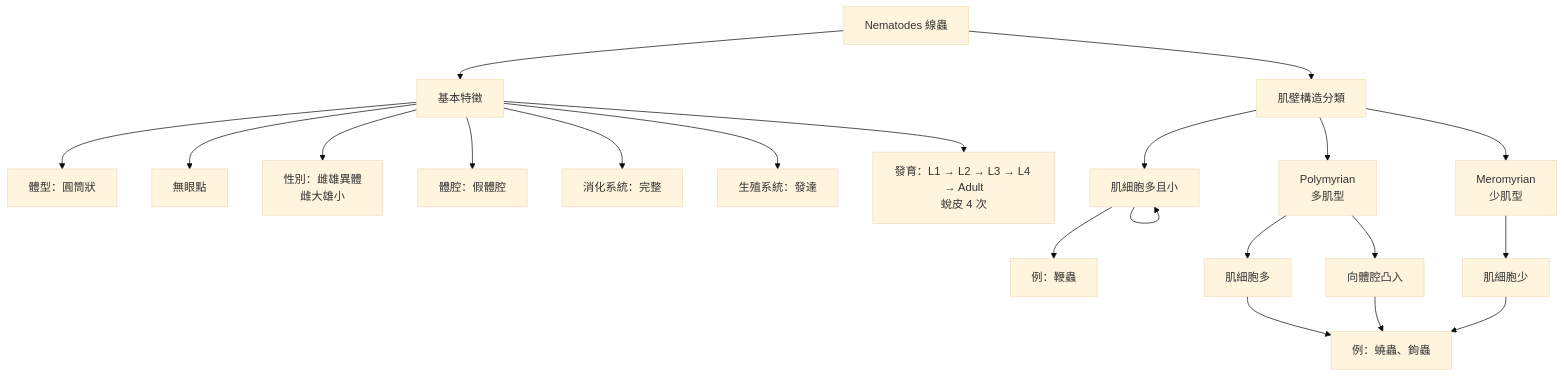
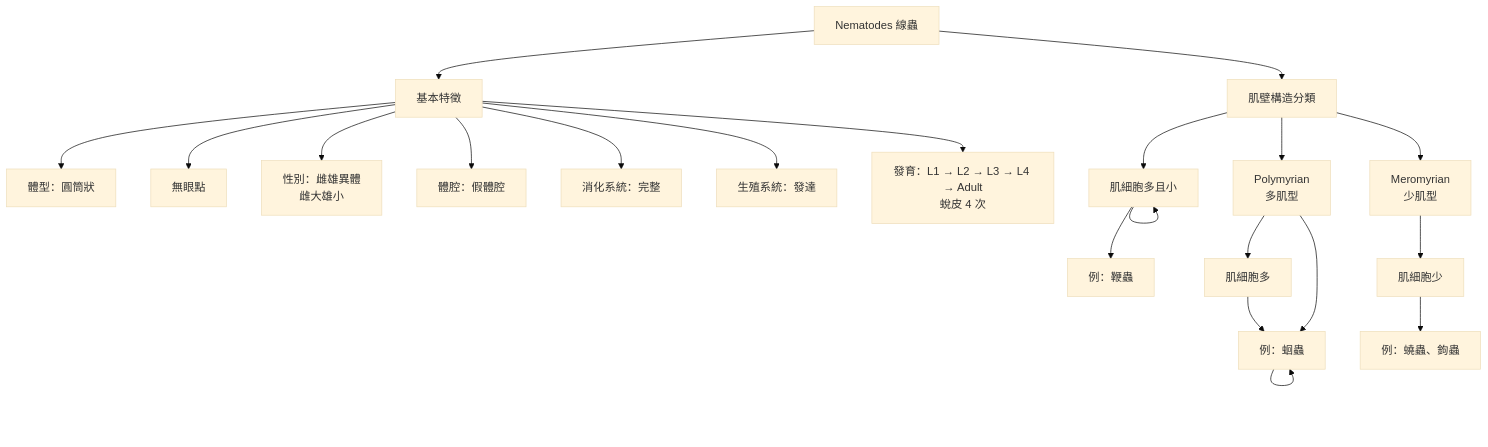
The diagram in 綜論.md (xenocgytjp/parasite-graph), drawn with Mermaid (base theme) before and after one commit.

````diff
--- a/綜論.md
+++ b/綜論.md
@@ -59,32 +59,32 @@
 ```mermaid
 flowchart TD
 
 A[Nematodes 線蟲]
 
 %% ===== 基本特徵 =====
 A --> B[基本特徵]
 B --> B1[體型：圓筒狀]
 B --> B2[無眼點]
 B --> B3[性別：雌雄異體<br/>雌大雄小]
 B --> B4[體腔：假體腔]
 B --> B5[消化系統：完整]
 B --> B6[生殖系統：發達]
 B --> B7[發育：L1 → L2 → L3 → L4 → Adult<br/>蛻皮 4 次]
 
 %% ===== 肌壁分類 =====
 A --> C[肌壁構造分類]
 
 C --> C1[Holomyrian<br/>全肌型]
 C1 --> C1[肌細胞多且小]
 C1 --> C1a[例：鞭蟲]
 
 C --> C2[Polymyrian<br/>多肌型]
 C2 --> C2a[肌細胞多]
 C2 --> C2b[向體腔凸入]
-C2a --> C3b[例：蛔蟲]
-C2b --> C3b[例：蛔蟲]
+C2a --> C2b[例：蛔蟲]
+C2b --> C2b[例：蛔蟲]
 
 C --> C3[Meromyrian<br/>少肌型]
 C3 --> C3a[肌細胞少]
 C3a --> C3b[例：蟯蟲、鉤蟲]
 ```
````
